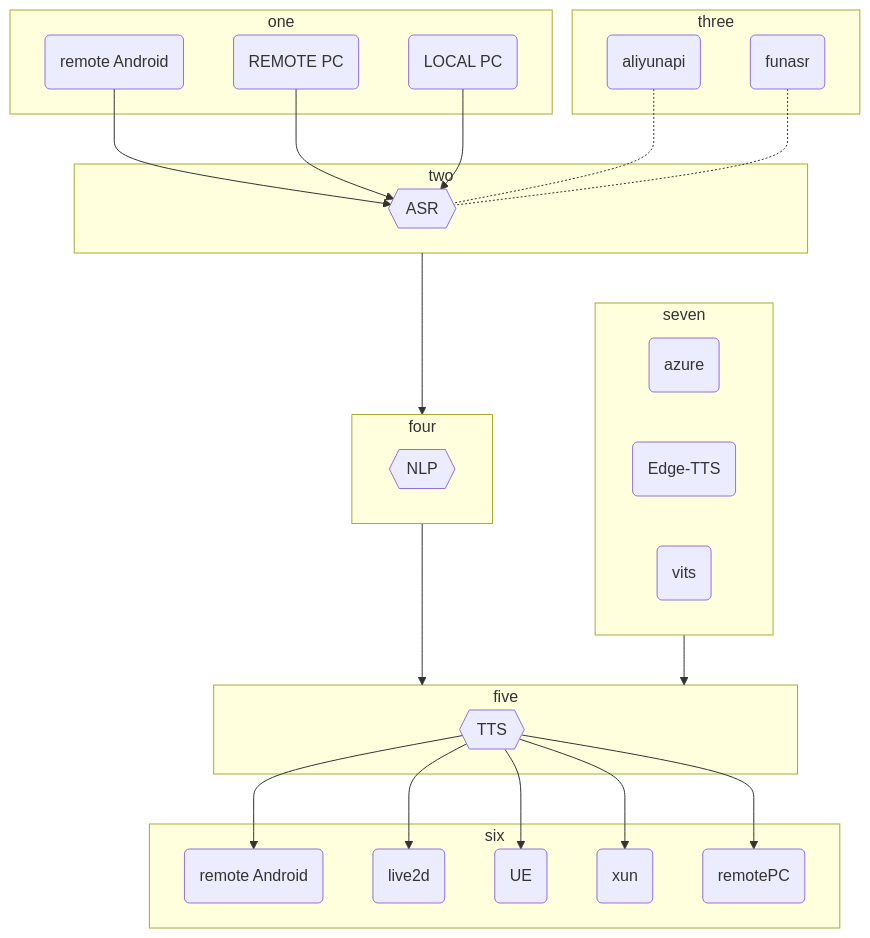
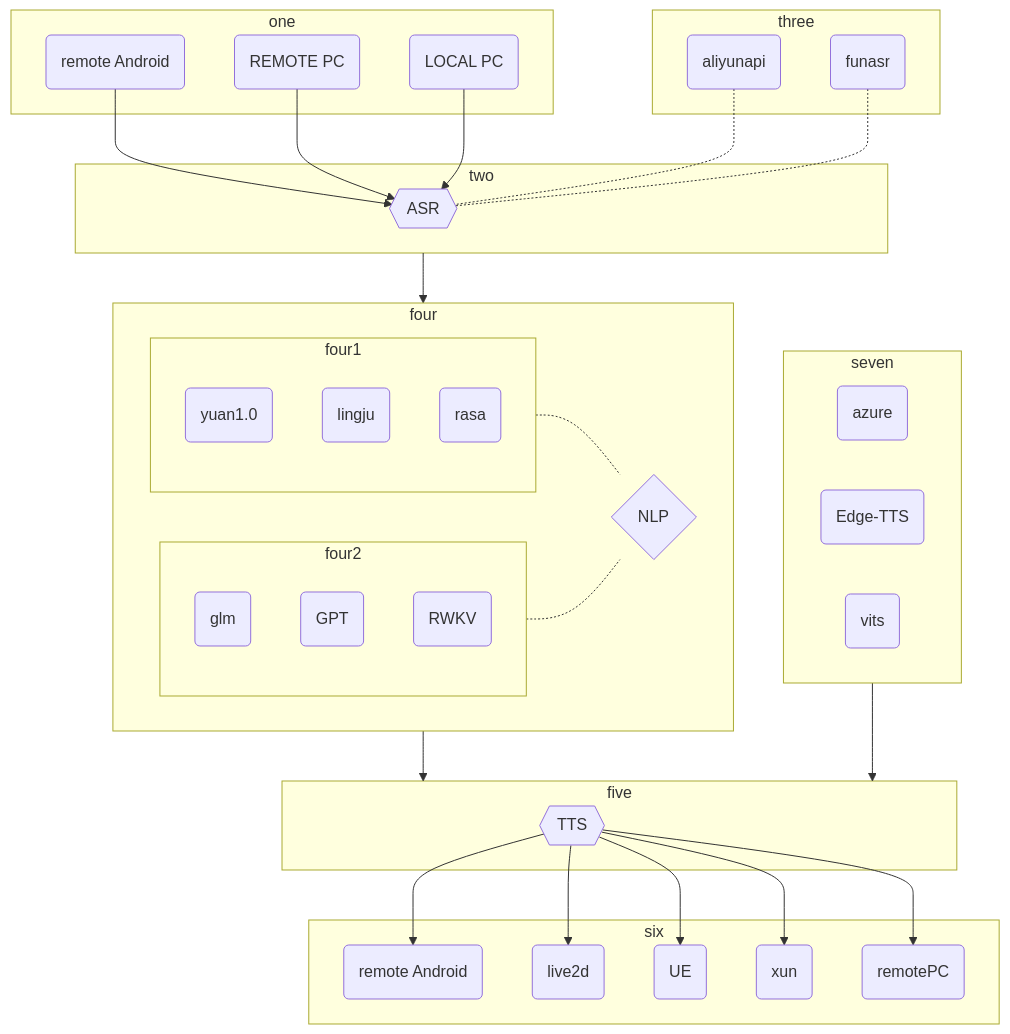
Before and after one commit to Luckyyaheen/testmd: the diagram in README.md, drawn with Mermaid.

````diff
--- a/README.md
+++ b/README.md
@@ -2,62 +2,75 @@
 ```mermaid
+
 flowchart TB
 
     aa-->asr
     cc-->asr
     bb-->asr
 
     aliyun-.-asr
     funasr-.-asr
 
     tts-->sixa
     tts-->sixb
     tts-->sixc
     tts-->sixd
     tts-->sixe
+
+ 
 
     subgraph one
     aa("remote Android")
     cc("REMOTE PC")
     bb("LOCAL PC")
     end
 
     subgraph two
     asr{{"ASR"}}
     end
 
     subgraph three
     aliyun("aliyunapi")
     funasr("funasr")  
     end
 
     subgraph four
-    nlp{{"NLP"}}
+    nlp{"NLP"}
+     subgraph four1
+
+     eighta("yuan1.0")
+     eightb("lingju")
+     eightc("rasa")
+    
+     end
+      subgraph four2
+      eightd("glm")
+      eighte("GPT")
+      eightf("RWKV")
+      end
     end
 
     subgraph five
     tts{{"TTS"}}
     end
-
 
     subgraph six
     sixa("remote Android")
     sixb("live2d")
     sixc("UE")
     sixd("xun")
     sixe("remotePC")
     end
 
-
     subgraph seven
     seven_az("azure")
     seven_edg("Edge-TTS")
     seven_vi("vits")
- 
     end
 
     two --> four
     four --> five
     seven --> five
-
+    four1-.- nlp
+    four2-.- nlp
 
 ```
````
